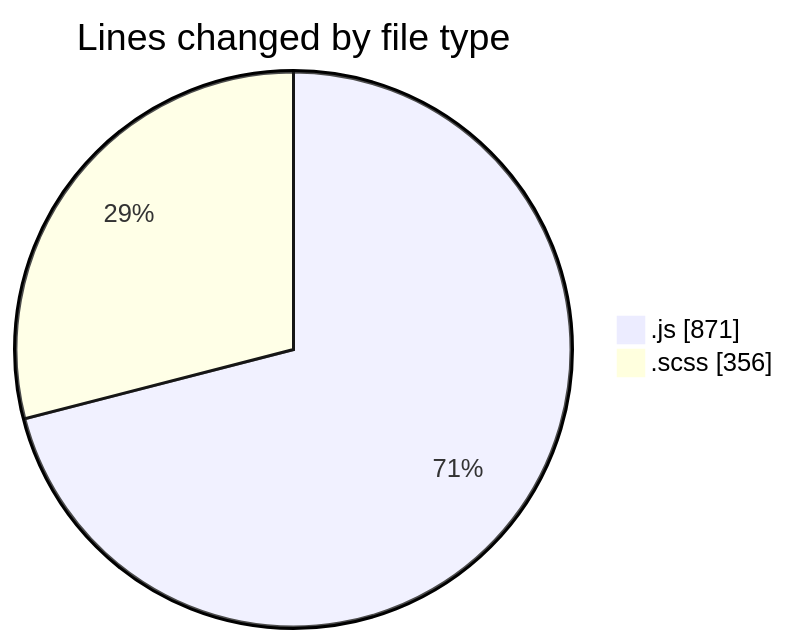
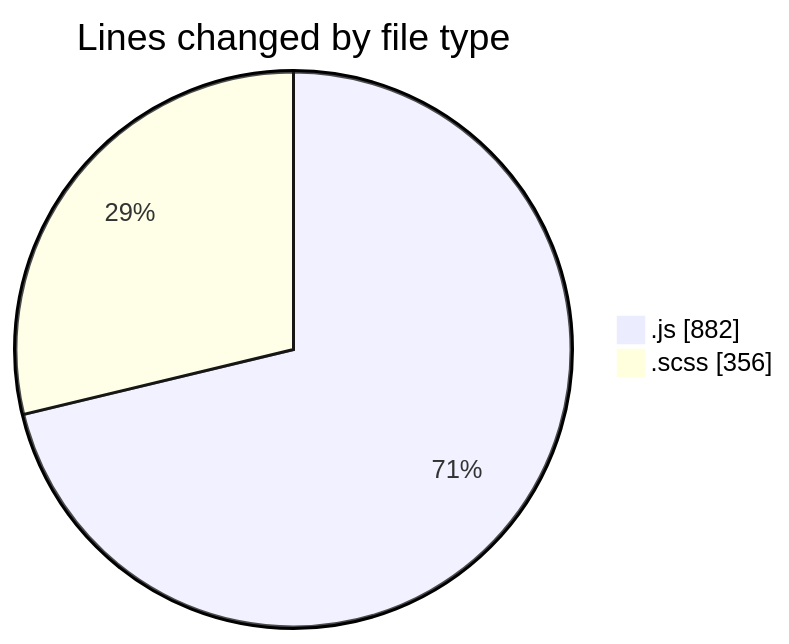
The first of 2 diagrams in 2026-01-05/cda/README.md (momahboobian/code-tracking), drawn with Mermaid before and after one commit. The commit also changed other lines of this file and 1 other file, not shown here.

````diff
--- a/2026-01-05/cda/README.md
+++ b/2026-01-05/cda/README.md
@@ -27,6 +27,6 @@
 ```mermaid
 pie showData
 title Lines changed by file type
-".js" : 871
+".js" : 882
 ".scss" : 356
 ```
````
